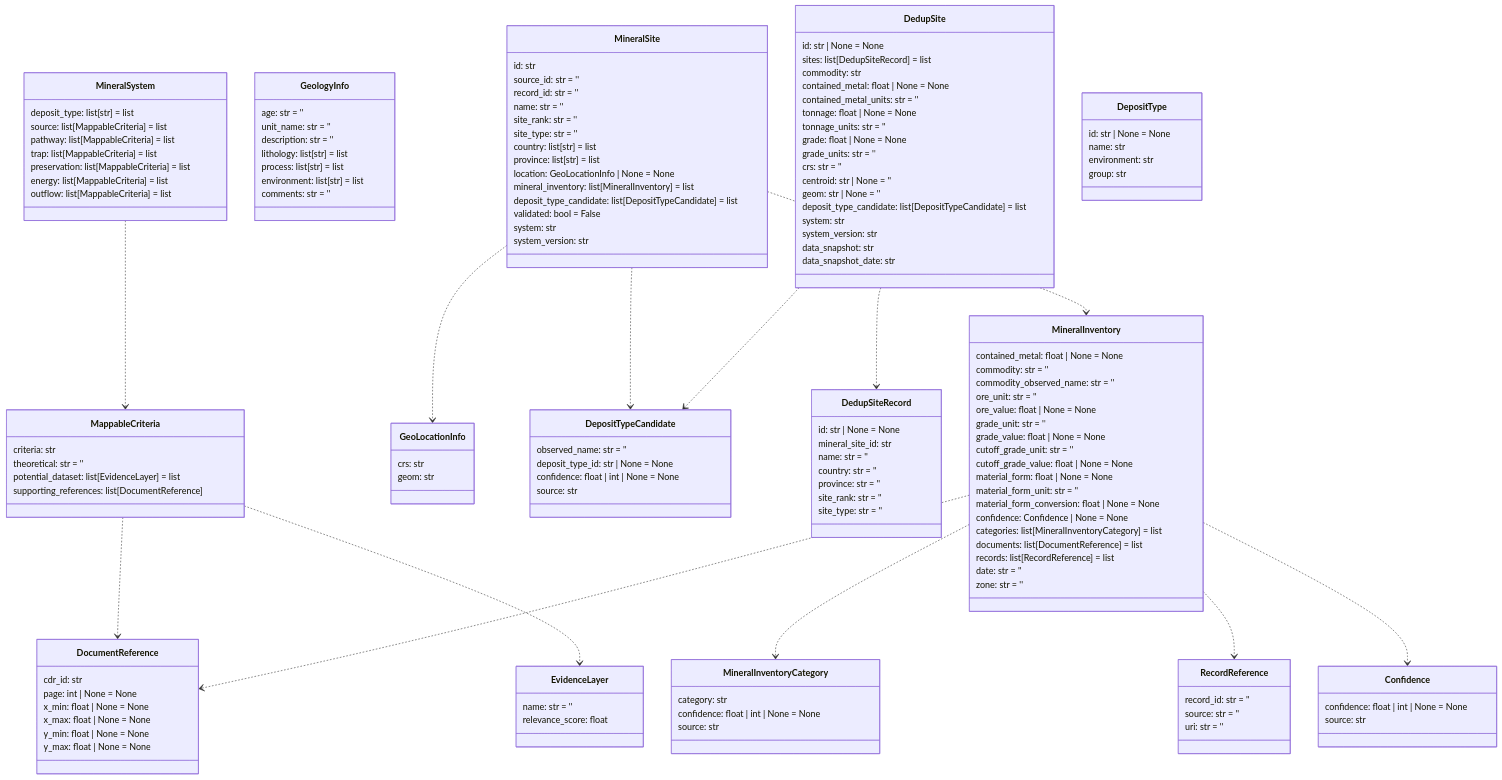
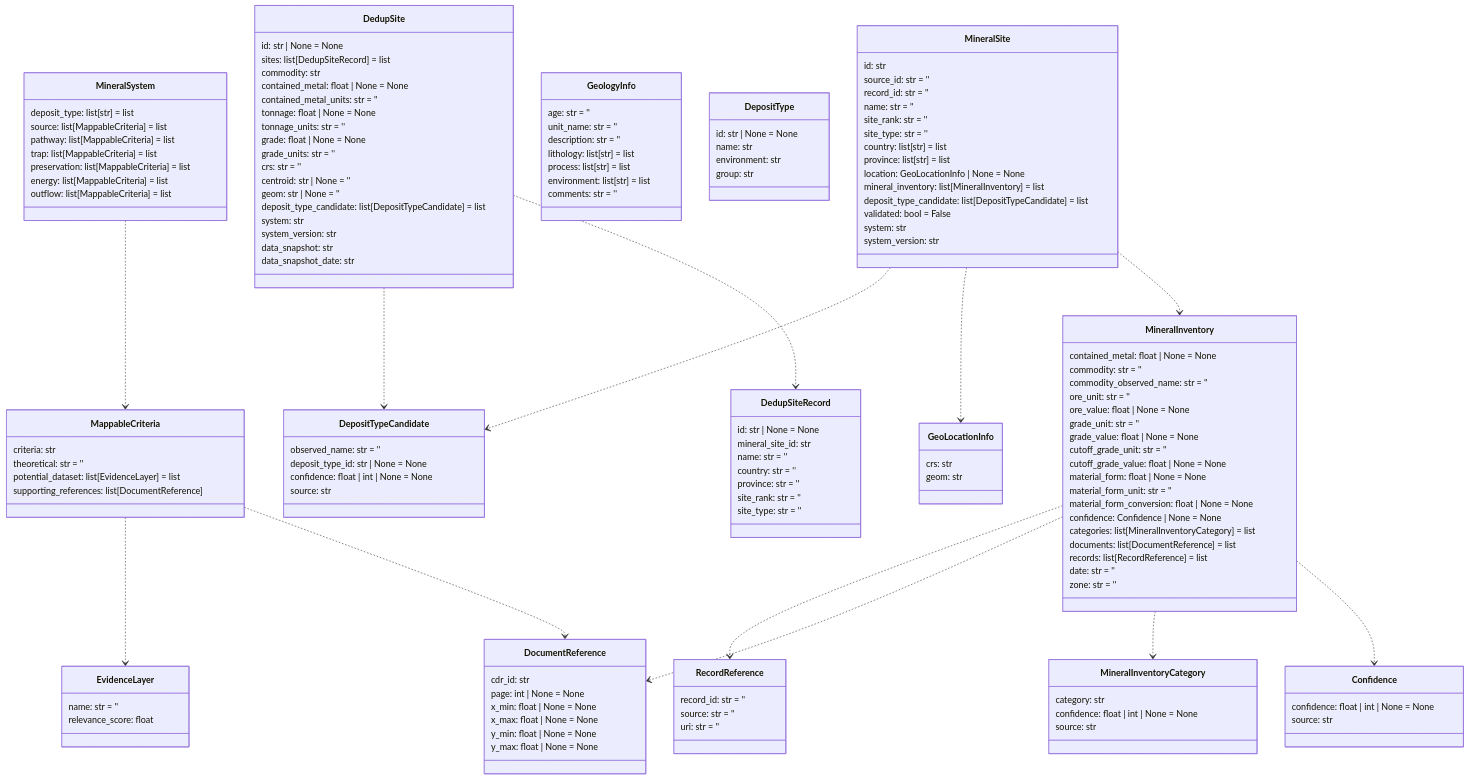
The tenth of 14 diagrams in README.md (DARPA-CRITICALMAAS/cdr_schemas), drawn with Mermaid before and after one commit. The commit also changed other lines of this file and 1 other file, not shown here.

````diff
--- a/README.md
+++ b/README.md
@@ -766,5 +766,28 @@
 ```mermaid
 classDiagram
+
+    class RecordReference {
+        record_id: str = ''
+        source: str = ''
+        uri: str = ''
+    }
+
+    class MineralSite {
+        id: str
+        source_id: str = ''
+        record_id: str = ''
+        name: str = ''
+        site_rank: str = ''
+        site_type: str = ''
+        country: list[str] = list
+        province: list[str] = list
+        location: GeoLocationInfo | None = None
+        mineral_inventory: list[MineralInventory] = list
+        deposit_type_candidate: list[DepositTypeCandidate] = list
+        validated: bool = False
+        system: str
+        system_version: str
+    }
 
     class DedupSite {
         id: str | None = None
@@ -786,13 +809,40 @@
         data_snapshot_date: str
     }
 
-    class MineralInventoryCategory {
-        category: str
+    class MappableCriteria {
+        criteria: str
+        theoretical: str = ''
+        potential_dataset: list[EvidenceLayer] = list
+        supporting_references: list[DocumentReference]
+    }
+
+    class GeologyInfo {
+        age: str = ''
+        unit_name: str = ''
+        description: str = ''
+        lithology: list[str] = list
+        process: list[str] = list
+        environment: list[str] = list
+        comments: str = ''
+    }
+
+    class DedupSiteRecord {
+        id: str | None = None
+        mineral_site_id: str
+        name: str = ''
+        country: str = ''
+        province: str = ''
+        site_rank: str = ''
+        site_type: str = ''
+    }
+
+    class Confidence {
         confidence: float | int | None = None
         source: str
     }
 
-    class Confidence {
+    class MineralInventoryCategory {
+        category: str
         confidence: float | int | None = None
         source: str
     }
@@ -823,14 +873,27 @@
         geom: str
     }
 
-    class GeologyInfo {
-        age: str = ''
-        unit_name: str = ''
-        description: str = ''
-        lithology: list[str] = list
-        process: list[str] = list
-        environment: list[str] = list
-        comments: str = ''
+    class DocumentReference {
+        cdr_id: str
+        page: int | None = None
+        x_min: float | None = None
+        x_max: float | None = None
+        y_min: float | None = None
+        y_max: float | None = None
+    }
+
+    class DepositTypeCandidate {
+        observed_name: str = ''
+        deposit_type_id: str | None = None
+        confidence: float | int | None = None
+        source: str
+    }
+
+    class DepositType {
+        id: str | None = None
+        name: str
+        environment: str
+        group: str
     }
 
     class MineralSystem {
@@ -843,86 +906,23 @@
         outflow: list[MappableCriteria] = list
     }
 
-    class MineralSite {
-        id: str
-        source_id: str = ''
-        record_id: str = ''
-        name: str = ''
-        site_rank: str = ''
-        site_type: str = ''
-        country: list[str] = list
-        province: list[str] = list
-        location: GeoLocationInfo | None = None
-        mineral_inventory: list[MineralInventory] = list
-        deposit_type_candidate: list[DepositTypeCandidate] = list
-        validated: bool = False
-        system: str
-        system_version: str
-    }
-
-    class DepositTypeCandidate {
-        observed_name: str = ''
-        deposit_type_id: str | None = None
-        confidence: float | int | None = None
-        source: str
-    }
-
     class EvidenceLayer {
         name: str = ''
         relevance_score: float
     }
 
-    class DedupSiteRecord {
-        id: str | None = None
-        mineral_site_id: str
-        name: str = ''
-        country: str = ''
-        province: str = ''
-        site_rank: str = ''
-        site_type: str = ''
-    }
-
-    class DepositType {
-        id: str | None = None
-        name: str
-        environment: str
-        group: str
-    }
-
-    class RecordReference {
-        record_id: str = ''
-        source: str = ''
-        uri: str = ''
-    }
-
-    class DocumentReference {
-        cdr_id: str
-        page: int | None = None
-        x_min: float | None = None
-        x_max: float | None = None
-        y_min: float | None = None
-        y_max: float | None = None
-    }
-
-    class MappableCriteria {
-        criteria: str
-        theoretical: str = ''
-        potential_dataset: list[EvidenceLayer] = list
-        supporting_references: list[DocumentReference]
-    }
-
     MappableCriteria ..> DocumentReference
     MappableCriteria ..> EvidenceLayer
     MineralSystem ..> MappableCriteria
+    MineralInventory ..> Confidence
     MineralInventory ..> MineralInventoryCategory
+    MineralInventory ..> DocumentReference
     MineralInventory ..> RecordReference
-    MineralInventory ..> Confidence
-    MineralInventory ..> DocumentReference
+    MineralSite ..> MineralInventory
     MineralSite ..> GeoLocationInfo
-    MineralSite ..> MineralInventory
     MineralSite ..> DepositTypeCandidate
+    DedupSite ..> DedupSiteRecord
     DedupSite ..> DepositTypeCandidate
-    DedupSite ..> DedupSiteRecord
 
 
 ```
````
